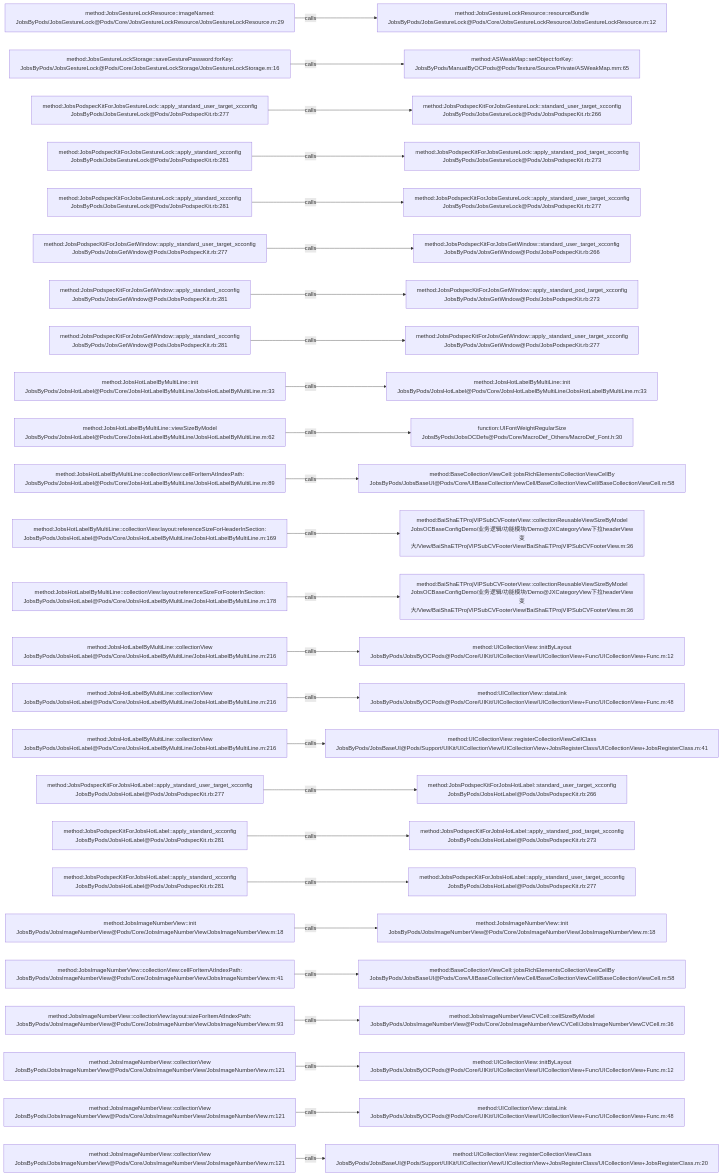
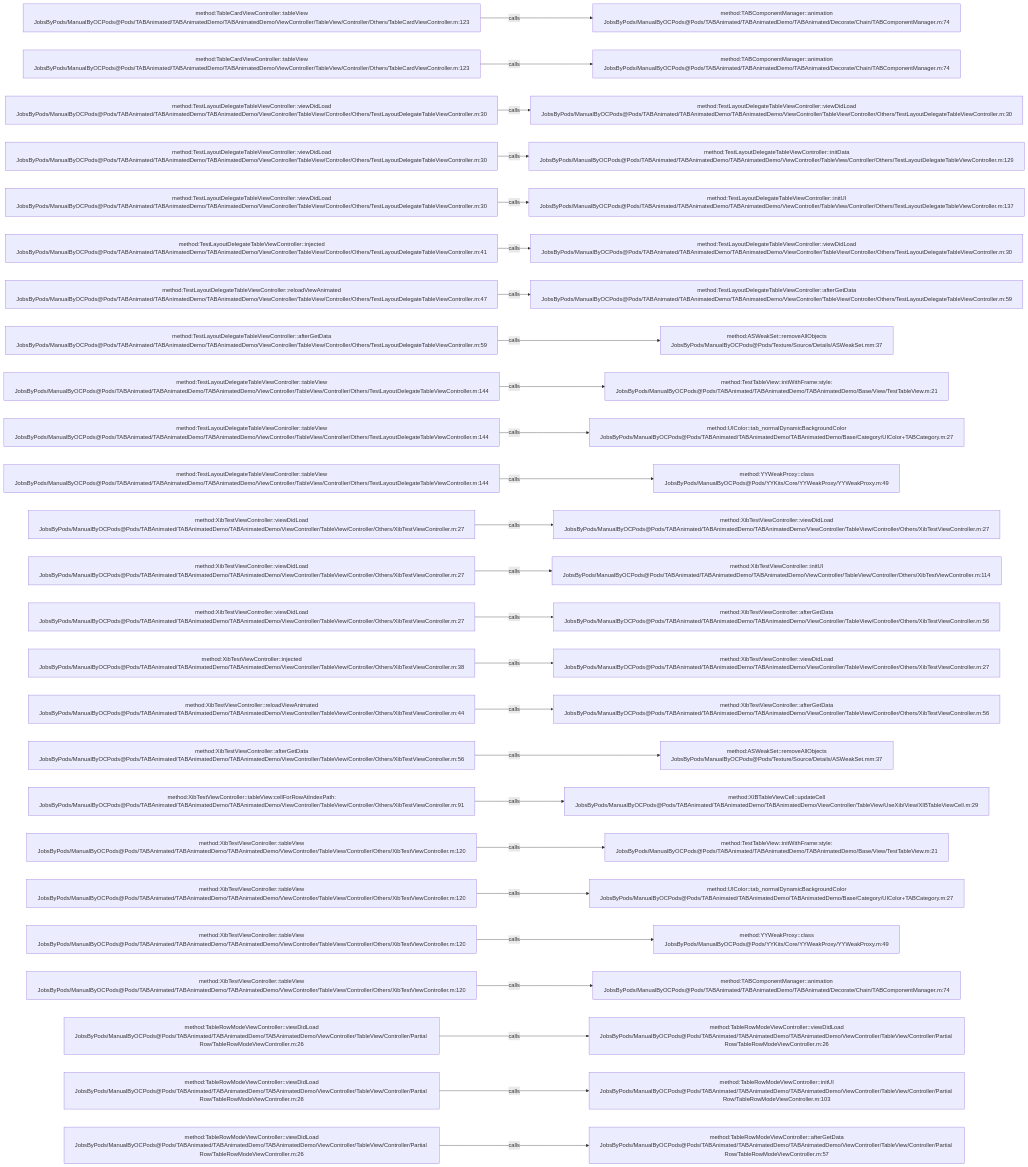
Before and after one commit to JobsKits/JobsOCBaseConfigDemo: the diagram in .codegraph/codegraph.md/graphs/calls-067.md, drawn with Mermaid. The commit also changed 2162 other files, not shown here.

````diff
--- a/.codegraph/codegraph.md/graphs/calls-067.md
+++ b/.codegraph/codegraph.md/graphs/calls-067.md
@@ -13,78 +13,78 @@
 ```mermaid
 flowchart LR
-  S1["method:JobsGestureLockResource::imageNamed:<br/>JobsByPods/JobsGestureLock@Pods/Core/JobsGestureLockResource/JobsGestureLockResource.m:29"]
-  T1["method:JobsGestureLockResource::resourceBundle<br/>JobsByPods/JobsGestureLock@Pods/Core/JobsGestureLockResource/JobsGestureLockResource.m:12"]
+  S1["method:TableCardViewController::tableView<br/>JobsByPods/ManualByOCPods@Pods/TABAnimated/TABAnimatedDemo/TABAnimatedDemo/ViewController/TableView/Controller/Others/TableCardViewController.m:123"]
+  T1["method:TABComponentManager::animation<br/>JobsByPods/ManualByOCPods@Pods/TABAnimated/TABAnimatedDemo/TABAnimated/Decorate/Chain/TABComponentManager.m:74"]
   S1 -->|calls| T1
-  S2["method:JobsGestureLockStorage::saveGesturePassword:forKey:<br/>JobsByPods/JobsGestureLock@Pods/Core/JobsGestureLockStorage/JobsGestureLockStorage.m:16"]
-  T2["method:ASWeakMap::setObject:forKey:<br/>JobsByPods/ManualByOCPods@Pods/Texture/Source/Private/ASWeakMap.mm:65"]
+  S2["method:TableCardViewController::tableView<br/>JobsByPods/ManualByOCPods@Pods/TABAnimated/TABAnimatedDemo/TABAnimatedDemo/ViewController/TableView/Controller/Others/TableCardViewController.m:123"]
+  T2["method:TABComponentManager::animation<br/>JobsByPods/ManualByOCPods@Pods/TABAnimated/TABAnimatedDemo/TABAnimated/Decorate/Chain/TABComponentManager.m:74"]
   S2 -->|calls| T2
-  S3["method:JobsPodspecKitForJobsGestureLock::apply_standard_user_target_xcconfig<br/>JobsByPods/JobsGestureLock@Pods/JobsPodspecKit.rb:277"]
-  T3["method:JobsPodspecKitForJobsGestureLock::standard_user_target_xcconfig<br/>JobsByPods/JobsGestureLock@Pods/JobsPodspecKit.rb:266"]
+  S3["method:TestLayoutDelegateTableViewController::viewDidLoad<br/>JobsByPods/ManualByOCPods@Pods/TABAnimated/TABAnimatedDemo/TABAnimatedDemo/ViewController/TableView/Controller/Others/TestLayoutDelegateTableViewController.m:30"]
+  T3["method:TestLayoutDelegateTableViewController::viewDidLoad<br/>JobsByPods/ManualByOCPods@Pods/TABAnimated/TABAnimatedDemo/TABAnimatedDemo/ViewController/TableView/Controller/Others/TestLayoutDelegateTableViewController.m:30"]
   S3 -->|calls| T3
-  S4["method:JobsPodspecKitForJobsGestureLock::apply_standard_xcconfig<br/>JobsByPods/JobsGestureLock@Pods/JobsPodspecKit.rb:281"]
-  T4["method:JobsPodspecKitForJobsGestureLock::apply_standard_pod_target_xcconfig<br/>JobsByPods/JobsGestureLock@Pods/JobsPodspecKit.rb:273"]
+  S4["method:TestLayoutDelegateTableViewController::viewDidLoad<br/>JobsByPods/ManualByOCPods@Pods/TABAnimated/TABAnimatedDemo/TABAnimatedDemo/ViewController/TableView/Controller/Others/TestLayoutDelegateTableViewController.m:30"]
+  T4["method:TestLayoutDelegateTableViewController::initData<br/>JobsByPods/ManualByOCPods@Pods/TABAnimated/TABAnimatedDemo/TABAnimatedDemo/ViewController/TableView/Controller/Others/TestLayoutDelegateTableViewController.m:129"]
   S4 -->|calls| T4
-  S5["method:JobsPodspecKitForJobsGestureLock::apply_standard_xcconfig<br/>JobsByPods/JobsGestureLock@Pods/JobsPodspecKit.rb:281"]
-  T5["method:JobsPodspecKitForJobsGestureLock::apply_standard_user_target_xcconfig<br/>JobsByPods/JobsGestureLock@Pods/JobsPodspecKit.rb:277"]
+  S5["method:TestLayoutDelegateTableViewController::viewDidLoad<br/>JobsByPods/ManualByOCPods@Pods/TABAnimated/TABAnimatedDemo/TABAnimatedDemo/ViewController/TableView/Controller/Others/TestLayoutDelegateTableViewController.m:30"]
+  T5["method:TestLayoutDelegateTableViewController::initUI<br/>JobsByPods/ManualByOCPods@Pods/TABAnimated/TABAnimatedDemo/TABAnimatedDemo/ViewController/TableView/Controller/Others/TestLayoutDelegateTableViewController.m:137"]
   S5 -->|calls| T5
-  S6["method:JobsPodspecKitForJobsGetWindow::apply_standard_user_target_xcconfig<br/>JobsByPods/JobsGetWindow@Pods/JobsPodspecKit.rb:277"]
-  T6["method:JobsPodspecKitForJobsGetWindow::standard_user_target_xcconfig<br/>JobsByPods/JobsGetWindow@Pods/JobsPodspecKit.rb:266"]
+  S6["method:TestLayoutDelegateTableViewController::injected<br/>JobsByPods/ManualByOCPods@Pods/TABAnimated/TABAnimatedDemo/TABAnimatedDemo/ViewController/TableView/Controller/Others/TestLayoutDelegateTableViewController.m:41"]
+  T6["method:TestLayoutDelegateTableViewController::viewDidLoad<br/>JobsByPods/ManualByOCPods@Pods/TABAnimated/TABAnimatedDemo/TABAnimatedDemo/ViewController/TableView/Controller/Others/TestLayoutDelegateTableViewController.m:30"]
   S6 -->|calls| T6
-  S7["method:JobsPodspecKitForJobsGetWindow::apply_standard_xcconfig<br/>JobsByPods/JobsGetWindow@Pods/JobsPodspecKit.rb:281"]
-  T7["method:JobsPodspecKitForJobsGetWindow::apply_standard_pod_target_xcconfig<br/>JobsByPods/JobsGetWindow@Pods/JobsPodspecKit.rb:273"]
+  S7["method:TestLayoutDelegateTableViewController::reloadViewAnimated<br/>JobsByPods/ManualByOCPods@Pods/TABAnimated/TABAnimatedDemo/TABAnimatedDemo/ViewController/TableView/Controller/Others/TestLayoutDelegateTableViewController.m:47"]
+  T7["method:TestLayoutDelegateTableViewController::afterGetData<br/>JobsByPods/ManualByOCPods@Pods/TABAnimated/TABAnimatedDemo/TABAnimatedDemo/ViewController/TableView/Controller/Others/TestLayoutDelegateTableViewController.m:59"]
   S7 -->|calls| T7
-  S8["method:JobsPodspecKitForJobsGetWindow::apply_standard_xcconfig<br/>JobsByPods/JobsGetWindow@Pods/JobsPodspecKit.rb:281"]
-  T8["method:JobsPodspecKitForJobsGetWindow::apply_standard_user_target_xcconfig<br/>JobsByPods/JobsGetWindow@Pods/JobsPodspecKit.rb:277"]
+  S8["method:TestLayoutDelegateTableViewController::afterGetData<br/>JobsByPods/ManualByOCPods@Pods/TABAnimated/TABAnimatedDemo/TABAnimatedDemo/ViewController/TableView/Controller/Others/TestLayoutDelegateTableViewController.m:59"]
+  T8["method:ASWeakSet::removeAllObjects<br/>JobsByPods/ManualByOCPods@Pods/Texture/Source/Details/ASWeakSet.mm:37"]
   S8 -->|calls| T8
-  S9["method:JobsHotLabelByMultiLine::init<br/>JobsByPods/JobsHotLabel@Pods/Core/JobsHotLabelByMultiLine/JobsHotLabelByMultiLine.m:33"]
-  T9["method:JobsHotLabelByMultiLine::init<br/>JobsByPods/JobsHotLabel@Pods/Core/JobsHotLabelByMultiLine/JobsHotLabelByMultiLine.m:33"]
+  S9["method:TestLayoutDelegateTableViewController::tableView<br/>JobsByPods/ManualByOCPods@Pods/TABAnimated/TABAnimatedDemo/TABAnimatedDemo/ViewController/TableView/Controller/Others/TestLayoutDelegateTableViewController.m:144"]
+  T9["method:TestTableView::initWithFrame:style:<br/>JobsByPods/ManualByOCPods@Pods/TABAnimated/TABAnimatedDemo/TABAnimatedDemo/Base/View/TestTableView.m:21"]
   S9 -->|calls| T9
-  S10["method:JobsHotLabelByMultiLine::viewSizeByModel<br/>JobsByPods/JobsHotLabel@Pods/Core/JobsHotLabelByMultiLine/JobsHotLabelByMultiLine.m:62"]
-  T10["function:UIFontWeightRegularSize<br/>JobsByPods/JobsOCDefs@Pods/Core/MacroDef_Others/MacroDef_Font.h:30"]
+  S10["method:TestLayoutDelegateTableViewController::tableView<br/>JobsByPods/ManualByOCPods@Pods/TABAnimated/TABAnimatedDemo/TABAnimatedDemo/ViewController/TableView/Controller/Others/TestLayoutDelegateTableViewController.m:144"]
+  T10["method:UIColor::tab_normalDynamicBackgroundColor<br/>JobsByPods/ManualByOCPods@Pods/TABAnimated/TABAnimatedDemo/TABAnimatedDemo/Base/Category/UIColor+TABCategory.m:27"]
   S10 -->|calls| T10
-  S11["method:JobsHotLabelByMultiLine::collectionView:cellForItemAtIndexPath:<br/>JobsByPods/JobsHotLabel@Pods/Core/JobsHotLabelByMultiLine/JobsHotLabelByMultiLine.m:89"]
-  T11["method:BaseCollectionViewCell::jobsRichElementsCollectionViewCellBy<br/>JobsByPods/JobsBaseUI@Pods/Core/UIBaseCollectionViewCell/BaseCollectionViewCell/BaseCollectionViewCell.m:58"]
+  S11["method:TestLayoutDelegateTableViewController::tableView<br/>JobsByPods/ManualByOCPods@Pods/TABAnimated/TABAnimatedDemo/TABAnimatedDemo/ViewController/TableView/Controller/Others/TestLayoutDelegateTableViewController.m:144"]
+  T11["method:YYWeakProxy::class<br/>JobsByPods/ManualByOCPods@Pods/YYKits/Core/YYWeakProxy/YYWeakProxy.m:49"]
   S11 -->|calls| T11
-  S12["method:JobsHotLabelByMultiLine::collectionView:layout:referenceSizeForHeaderInSection:<br/>JobsByPods/JobsHotLabel@Pods/Core/JobsHotLabelByMultiLine/JobsHotLabelByMultiLine.m:169"]
-  T12["method:BaiShaETProjVIPSubCVFooterView::collectionReusableViewSizeByModel<br/>JobsOCBaseConfigDemo/业务逻辑/功能模块/Demo@JXCategoryView下拉headerView变大/View/BaiShaETProjVIPSubCVFooterView/BaiShaETProjVIPSubCVFooterView.m:36"]
+  S12["method:XibTestViewController::viewDidLoad<br/>JobsByPods/ManualByOCPods@Pods/TABAnimated/TABAnimatedDemo/TABAnimatedDemo/ViewController/TableView/Controller/Others/XibTestViewController.m:27"]
+  T12["method:XibTestViewController::viewDidLoad<br/>JobsByPods/ManualByOCPods@Pods/TABAnimated/TABAnimatedDemo/TABAnimatedDemo/ViewController/TableView/Controller/Others/XibTestViewController.m:27"]
   S12 -->|calls| T12
-  S13["method:JobsHotLabelByMultiLine::collectionView:layout:referenceSizeForFooterInSection:<br/>JobsByPods/JobsHotLabel@Pods/Core/JobsHotLabelByMultiLine/JobsHotLabelByMultiLine.m:178"]
-  T13["method:BaiShaETProjVIPSubCVFooterView::collectionReusableViewSizeByModel<br/>JobsOCBaseConfigDemo/业务逻辑/功能模块/Demo@JXCategoryView下拉headerView变大/View/BaiShaETProjVIPSubCVFooterView/BaiShaETProjVIPSubCVFooterView.m:36"]
+  S13["method:XibTestViewController::viewDidLoad<br/>JobsByPods/ManualByOCPods@Pods/TABAnimated/TABAnimatedDemo/TABAnimatedDemo/ViewController/TableView/Controller/Others/XibTestViewController.m:27"]
+  T13["method:XibTestViewController::initUI<br/>JobsByPods/ManualByOCPods@Pods/TABAnimated/TABAnimatedDemo/TABAnimatedDemo/ViewController/TableView/Controller/Others/XibTestViewController.m:114"]
   S13 -->|calls| T13
-  S14["method:JobsHotLabelByMultiLine::collectionView<br/>JobsByPods/JobsHotLabel@Pods/Core/JobsHotLabelByMultiLine/JobsHotLabelByMultiLine.m:216"]
-  T14["method:UICollectionView::initByLayout<br/>JobsByPods/JobsByOCPods@Pods/Core/UIKit/UICollectionView/UICollectionView+Func/UICollectionView+Func.m:12"]
+  S14["method:XibTestViewController::viewDidLoad<br/>JobsByPods/ManualByOCPods@Pods/TABAnimated/TABAnimatedDemo/TABAnimatedDemo/ViewController/TableView/Controller/Others/XibTestViewController.m:27"]
+  T14["method:XibTestViewController::afterGetData<br/>JobsByPods/ManualByOCPods@Pods/TABAnimated/TABAnimatedDemo/TABAnimatedDemo/ViewController/TableView/Controller/Others/XibTestViewController.m:56"]
   S14 -->|calls| T14
-  S15["method:JobsHotLabelByMultiLine::collectionView<br/>JobsByPods/JobsHotLabel@Pods/Core/JobsHotLabelByMultiLine/JobsHotLabelByMultiLine.m:216"]
-  T15["method:UICollectionView::dataLink<br/>JobsByPods/JobsByOCPods@Pods/Core/UIKit/UICollectionView/UICollectionView+Func/UICollectionView+Func.m:48"]
+  S15["method:XibTestViewController::injected<br/>JobsByPods/ManualByOCPods@Pods/TABAnimated/TABAnimatedDemo/TABAnimatedDemo/ViewController/TableView/Controller/Others/XibTestViewController.m:38"]
+  T15["method:XibTestViewController::viewDidLoad<br/>JobsByPods/ManualByOCPods@Pods/TABAnimated/TABAnimatedDemo/TABAnimatedDemo/ViewController/TableView/Controller/Others/XibTestViewController.m:27"]
   S15 -->|calls| T15
-  S16["method:JobsHotLabelByMultiLine::collectionView<br/>JobsByPods/JobsHotLabel@Pods/Core/JobsHotLabelByMultiLine/JobsHotLabelByMultiLine.m:216"]
-  T16["method:UICollectionView::registerCollectionViewCellClass<br/>JobsByPods/JobsBaseUI@Pods/Support/UIKit/UICollectionView/UICollectionView+JobsRegisterClass/UICollectionView+JobsRegisterClass.m:41"]
+  S16["method:XibTestViewController::reloadViewAnimated<br/>JobsByPods/ManualByOCPods@Pods/TABAnimated/TABAnimatedDemo/TABAnimatedDemo/ViewController/TableView/Controller/Others/XibTestViewController.m:44"]
+  T16["method:XibTestViewController::afterGetData<br/>JobsByPods/ManualByOCPods@Pods/TABAnimated/TABAnimatedDemo/TABAnimatedDemo/ViewController/TableView/Controller/Others/XibTestViewController.m:56"]
   S16 -->|calls| T16
-  S17["method:JobsPodspecKitForJobsHotLabel::apply_standard_user_target_xcconfig<br/>JobsByPods/JobsHotLabel@Pods/JobsPodspecKit.rb:277"]
-  T17["method:JobsPodspecKitForJobsHotLabel::standard_user_target_xcconfig<br/>JobsByPods/JobsHotLabel@Pods/JobsPodspecKit.rb:266"]
+  S17["method:XibTestViewController::afterGetData<br/>JobsByPods/ManualByOCPods@Pods/TABAnimated/TABAnimatedDemo/TABAnimatedDemo/ViewController/TableView/Controller/Others/XibTestViewController.m:56"]
+  T17["method:ASWeakSet::removeAllObjects<br/>JobsByPods/ManualByOCPods@Pods/Texture/Source/Details/ASWeakSet.mm:37"]
   S17 -->|calls| T17
-  S18["method:JobsPodspecKitForJobsHotLabel::apply_standard_xcconfig<br/>JobsByPods/JobsHotLabel@Pods/JobsPodspecKit.rb:281"]
-  T18["method:JobsPodspecKitForJobsHotLabel::apply_standard_pod_target_xcconfig<br/>JobsByPods/JobsHotLabel@Pods/JobsPodspecKit.rb:273"]
+  S18["method:XibTestViewController::tableView:cellForRowAtIndexPath:<br/>JobsByPods/ManualByOCPods@Pods/TABAnimated/TABAnimatedDemo/TABAnimatedDemo/ViewController/TableView/Controller/Others/XibTestViewController.m:91"]
+  T18["method:XIBTableViewCell::updateCell<br/>JobsByPods/ManualByOCPods@Pods/TABAnimated/TABAnimatedDemo/TABAnimatedDemo/ViewController/TableView/UseXib/View/XIBTableViewCell.m:29"]
   S18 -->|calls| T18
-  S19["method:JobsPodspecKitForJobsHotLabel::apply_standard_xcconfig<br/>JobsByPods/JobsHotLabel@Pods/JobsPodspecKit.rb:281"]
-  T19["method:JobsPodspecKitForJobsHotLabel::apply_standard_user_target_xcconfig<br/>JobsByPods/JobsHotLabel@Pods/JobsPodspecKit.rb:277"]
+  S19["method:XibTestViewController::tableView<br/>JobsByPods/ManualByOCPods@Pods/TABAnimated/TABAnimatedDemo/TABAnimatedDemo/ViewController/TableView/Controller/Others/XibTestViewController.m:120"]
+  T19["method:TestTableView::initWithFrame:style:<br/>JobsByPods/ManualByOCPods@Pods/TABAnimated/TABAnimatedDemo/TABAnimatedDemo/Base/View/TestTableView.m:21"]
   S19 -->|calls| T19
-  S20["method:JobsImageNumberView::init<br/>JobsByPods/JobsImageNumberView@Pods/Core/JobsImageNumberView/JobsImageNumberView.m:18"]
-  T20["method:JobsImageNumberView::init<br/>JobsByPods/JobsImageNumberView@Pods/Core/JobsImageNumberView/JobsImageNumberView.m:18"]
+  S20["method:XibTestViewController::tableView<br/>JobsByPods/ManualByOCPods@Pods/TABAnimated/TABAnimatedDemo/TABAnimatedDemo/ViewController/TableView/Controller/Others/XibTestViewController.m:120"]
+  T20["method:UIColor::tab_normalDynamicBackgroundColor<br/>JobsByPods/ManualByOCPods@Pods/TABAnimated/TABAnimatedDemo/TABAnimatedDemo/Base/Category/UIColor+TABCategory.m:27"]
   S20 -->|calls| T20
-  S21["method:JobsImageNumberView::collectionView:cellForItemAtIndexPath:<br/>JobsByPods/JobsImageNumberView@Pods/Core/JobsImageNumberView/JobsImageNumberView.m:41"]
-  T21["method:BaseCollectionViewCell::jobsRichElementsCollectionViewCellBy<br/>JobsByPods/JobsBaseUI@Pods/Core/UIBaseCollectionViewCell/BaseCollectionViewCell/BaseCollectionViewCell.m:58"]
+  S21["method:XibTestViewController::tableView<br/>JobsByPods/ManualByOCPods@Pods/TABAnimated/TABAnimatedDemo/TABAnimatedDemo/ViewController/TableView/Controller/Others/XibTestViewController.m:120"]
+  T21["method:YYWeakProxy::class<br/>JobsByPods/ManualByOCPods@Pods/YYKits/Core/YYWeakProxy/YYWeakProxy.m:49"]
   S21 -->|calls| T21
-  S22["method:JobsImageNumberView::collectionView:layout:sizeForItemAtIndexPath:<br/>JobsByPods/JobsImageNumberView@Pods/Core/JobsImageNumberView/JobsImageNumberView.m:93"]
-  T22["method:JobsImageNumberViewCVCell::cellSizeByModel<br/>JobsByPods/JobsImageNumberView@Pods/Core/JobsImageNumberViewCVCell/JobsImageNumberViewCVCell.m:36"]
+  S22["method:XibTestViewController::tableView<br/>JobsByPods/ManualByOCPods@Pods/TABAnimated/TABAnimatedDemo/TABAnimatedDemo/ViewController/TableView/Controller/Others/XibTestViewController.m:120"]
+  T22["method:TABComponentManager::animation<br/>JobsByPods/ManualByOCPods@Pods/TABAnimated/TABAnimatedDemo/TABAnimated/Decorate/Chain/TABComponentManager.m:74"]
   S22 -->|calls| T22
-  S23["method:JobsImageNumberView::collectionView<br/>JobsByPods/JobsImageNumberView@Pods/Core/JobsImageNumberView/JobsImageNumberView.m:121"]
-  T23["method:UICollectionView::initByLayout<br/>JobsByPods/JobsByOCPods@Pods/Core/UIKit/UICollectionView/UICollectionView+Func/UICollectionView+Func.m:12"]
+  S23["method:TableRowModeViewController::viewDidLoad<br/>JobsByPods/ManualByOCPods@Pods/TABAnimated/TABAnimatedDemo/TABAnimatedDemo/ViewController/TableView/Controller/Partial Row/TableRowModeViewController.m:26"]
+  T23["method:TableRowModeViewController::viewDidLoad<br/>JobsByPods/ManualByOCPods@Pods/TABAnimated/TABAnimatedDemo/TABAnimatedDemo/ViewController/TableView/Controller/Partial Row/TableRowModeViewController.m:26"]
   S23 -->|calls| T23
-  S24["method:JobsImageNumberView::collectionView<br/>JobsByPods/JobsImageNumberView@Pods/Core/JobsImageNumberView/JobsImageNumberView.m:121"]
-  T24["method:UICollectionView::dataLink<br/>JobsByPods/JobsByOCPods@Pods/Core/UIKit/UICollectionView/UICollectionView+Func/UICollectionView+Func.m:48"]
+  S24["method:TableRowModeViewController::viewDidLoad<br/>JobsByPods/ManualByOCPods@Pods/TABAnimated/TABAnimatedDemo/TABAnimatedDemo/ViewController/TableView/Controller/Partial Row/TableRowModeViewController.m:26"]
+  T24["method:TableRowModeViewController::initUI<br/>JobsByPods/ManualByOCPods@Pods/TABAnimated/TABAnimatedDemo/TABAnimatedDemo/ViewController/TableView/Controller/Partial Row/TableRowModeViewController.m:103"]
   S24 -->|calls| T24
-  S25["method:JobsImageNumberView::collectionView<br/>JobsByPods/JobsImageNumberView@Pods/Core/JobsImageNumberView/JobsImageNumberView.m:121"]
-  T25["method:UICollectionView::registerCollectionViewClass<br/>JobsByPods/JobsBaseUI@Pods/Support/UIKit/UICollectionView/UICollectionView+JobsRegisterClass/UICollectionView+JobsRegisterClass.m:20"]
+  S25["method:TableRowModeViewController::viewDidLoad<br/>JobsByPods/ManualByOCPods@Pods/TABAnimated/TABAnimatedDemo/TABAnimatedDemo/ViewController/TableView/Controller/Partial Row/TableRowModeViewController.m:26"]
+  T25["method:TableRowModeViewController::afterGetData<br/>JobsByPods/ManualByOCPods@Pods/TABAnimated/TABAnimatedDemo/TABAnimatedDemo/ViewController/TableView/Controller/Partial Row/TableRowModeViewController.m:57"]
   S25 -->|calls| T25
 ```
````
